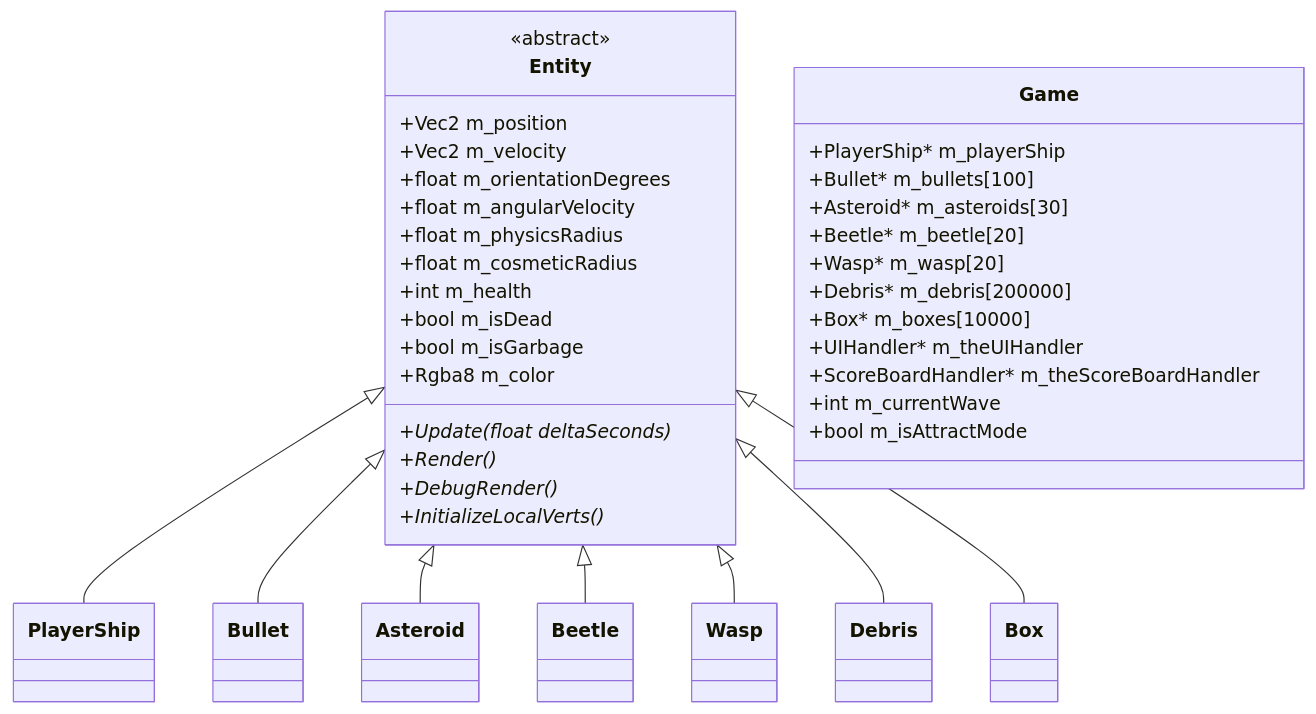
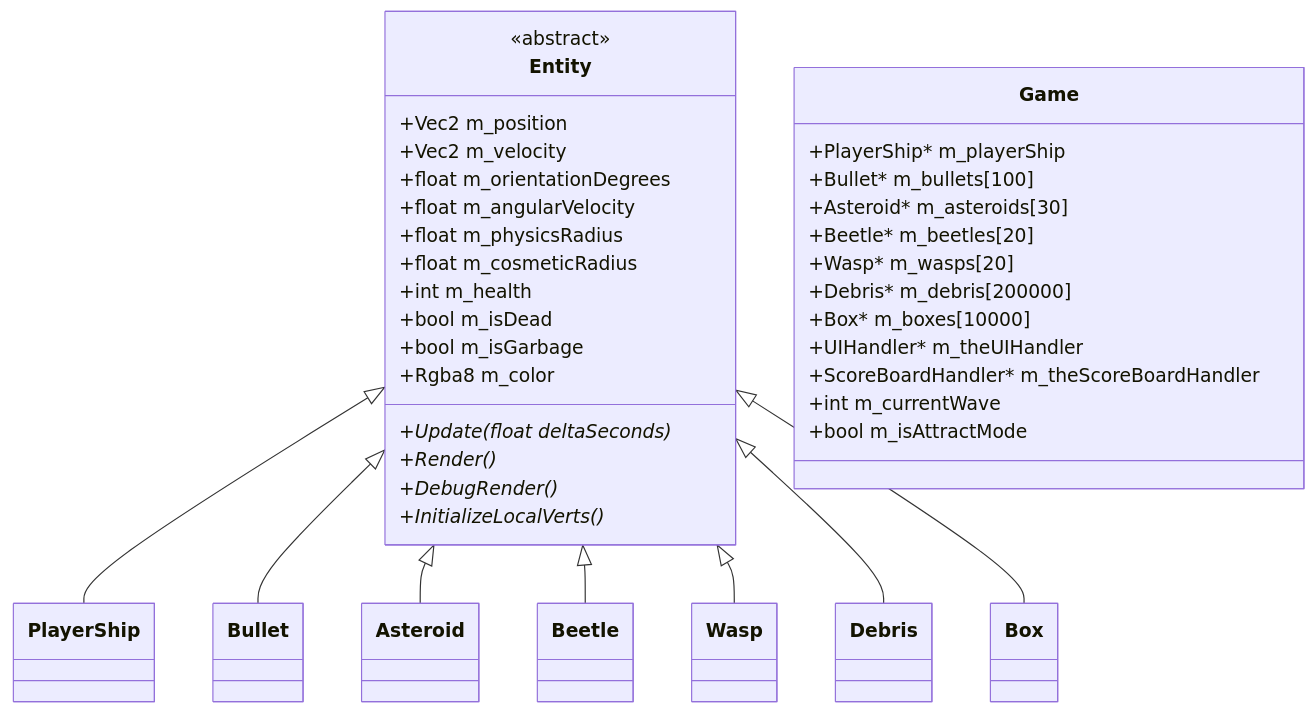
One commit to dadavidtseng/DaemonStarship changed the diagram in Code/Game/CLAUDE.md. Above: the diagram before and after it, drawn with Mermaid. The commit also changed 1 other file, not shown here.

Commit message:
chore: update module docs and scoreboard data

````diff
--- a/Code/Game/CLAUDE.md
+++ b/Code/Game/CLAUDE.md
@@ -30,42 +30,42 @@
 ```mermaid
 classDiagram
     Entity <|-- PlayerShip
     Entity <|-- Bullet
     Entity <|-- Asteroid
     Entity <|-- Beetle
     Entity <|-- Wasp
     Entity <|-- Debris
     Entity <|-- Box
 
     class Entity {
         <<abstract>>
         +Vec2 m_position
         +Vec2 m_velocity
         +float m_orientationDegrees
         +float m_angularVelocity
         +float m_physicsRadius
         +float m_cosmeticRadius
         +int m_health
         +bool m_isDead
         +bool m_isGarbage
         +Rgba8 m_color
         +Update(float deltaSeconds)*
         +Render()*
         +DebugRender()*
         +InitializeLocalVerts()*
     }
 
     class Game {
         +PlayerShip* m_playerShip
         +Bullet* m_bullets[100]
         +Asteroid* m_asteroids[30]
-        +Beetle* m_beetle[20]
-        +Wasp* m_wasp[20]
+        +Beetle* m_beetles[20]
+        +Wasp* m_wasps[20]
         +Debris* m_debris[200000]
         +Box* m_boxes[10000]
         +UIHandler* m_theUIHandler
         +ScoreBoardHandler* m_theScoreBoardHandler
         +int m_currentWave
         +bool m_isAttractMode
     }
 ```
````
